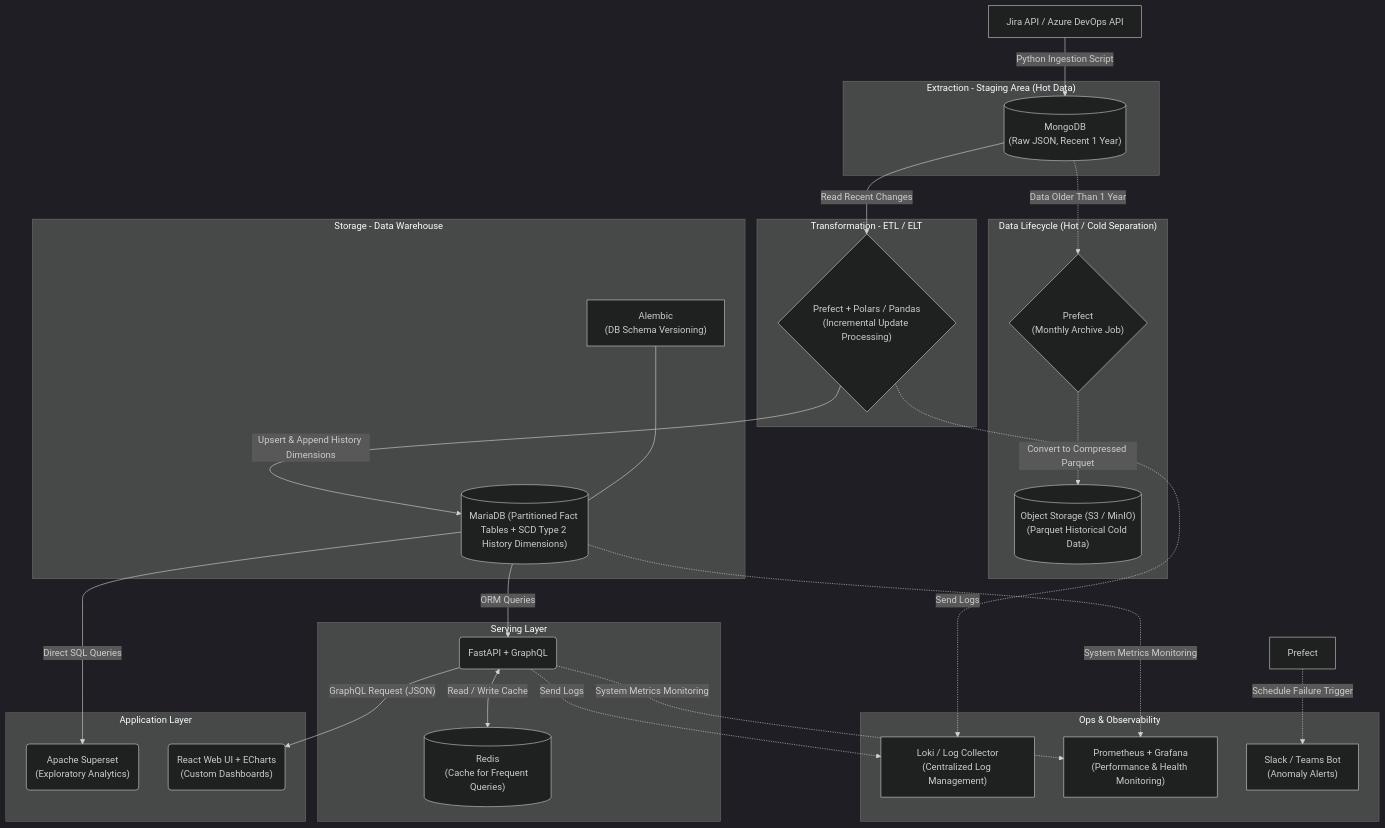
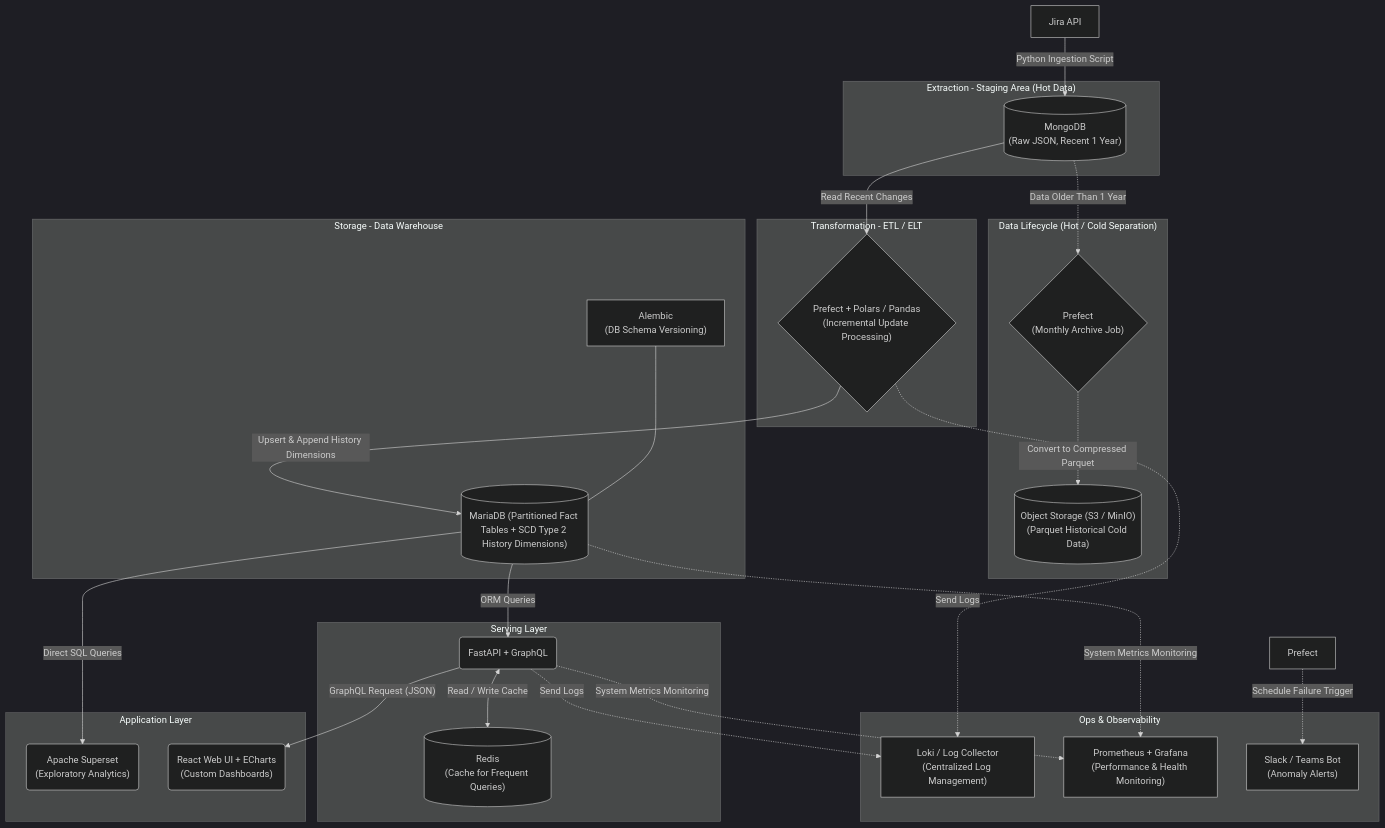
Before and after one commit to cesnow/tanalysis: the diagram in ARCH.md, drawn with Mermaid (dark theme). The commit also changed 1 other file, not shown here.

Commit message:
chore: remove azure configs and references

````diff
--- a/ARCH.md
+++ b/ARCH.md
@@ -1,60 +1,60 @@
 ```mermaid
 flowchart TD
     %% Node Definitions
-    DataSource["Jira API / Azure DevOps API"]
+    DataSource["Jira API"]
 
     subgraph StagingLayer ["Extraction - Staging Area (Hot Data)"]
         MongoDB[("MongoDB<br>(Raw JSON, Recent 1 Year)")]
     end
 
     subgraph ColdStorageLayer ["Data Lifecycle (Hot / Cold Separation)"]
         ArchiveJob{"Prefect<br>(Monthly Archive Job)"}
         S3[("Object Storage (S3 / MinIO)<br>(Parquet Historical Cold Data)")]
     end
 
     subgraph ETLLayer ["Transformation - ETL / ELT"]
         Processor{"Prefect + Polars / Pandas<br>(Incremental Update Processing)"}
     end
 
     subgraph DWHLayer ["Storage - Data Warehouse"]
         MariaDB[("MariaDB (Partitioned Fact Tables + SCD Type 2 History Dimensions)")]
         Migration["Alembic<br>(DB Schema Versioning)"] --- MariaDB
     end
 
     subgraph ServingLayer ["Serving Layer"]
         FastAPI("FastAPI + GraphQL")
         Redis[("Redis<br>(Cache for Frequent Queries)")]
     end
 
     subgraph AppLayer ["Application Layer"]
         Superset("Apache Superset<br>(Exploratory Analytics)")
         React("React Web UI + ECharts<br>(Custom Dashboards)")
     end
 
     subgraph OpsLayer ["Ops & Observability"]
         LogCenter["Loki / Log Collector<br>(Centralized Log Management)"]
         Monitor["Prometheus + Grafana<br>(Performance & Health Monitoring)"]
         Alert["Slack / Teams Bot<br>(Anomaly Alerts)"]
     end
 
     %% Data Flow (Hot Data - Main Path)
     DataSource -- "Python Ingestion Script" --> MongoDB
     MongoDB -- "Read Recent Changes" --> Processor
     Processor -- "Upsert & Append History Dimensions" --> MariaDB
 
     %% Data Flow (Cold Data - Archive Path)
     MongoDB -. "Data Older Than 1 Year" .-> ArchiveJob
     ArchiveJob -. "Convert to Compressed Parquet" .-> S3
 
     MariaDB -- "Direct SQL Queries" --> Superset
     MariaDB -- "ORM Queries" --> FastAPI
 
     FastAPI -- "Read / Write Cache" <--> Redis
     FastAPI -- "GraphQL Request (JSON)" --> React
 
     %% Monitoring Flow
     Processor -.->|Send Logs| LogCenter
     FastAPI -.->|Send Logs| LogCenter
     Prefect -.->|Schedule Failure Trigger| Alert
     MariaDB & FastAPI -.->|System Metrics Monitoring| Monitor
 ```
````
